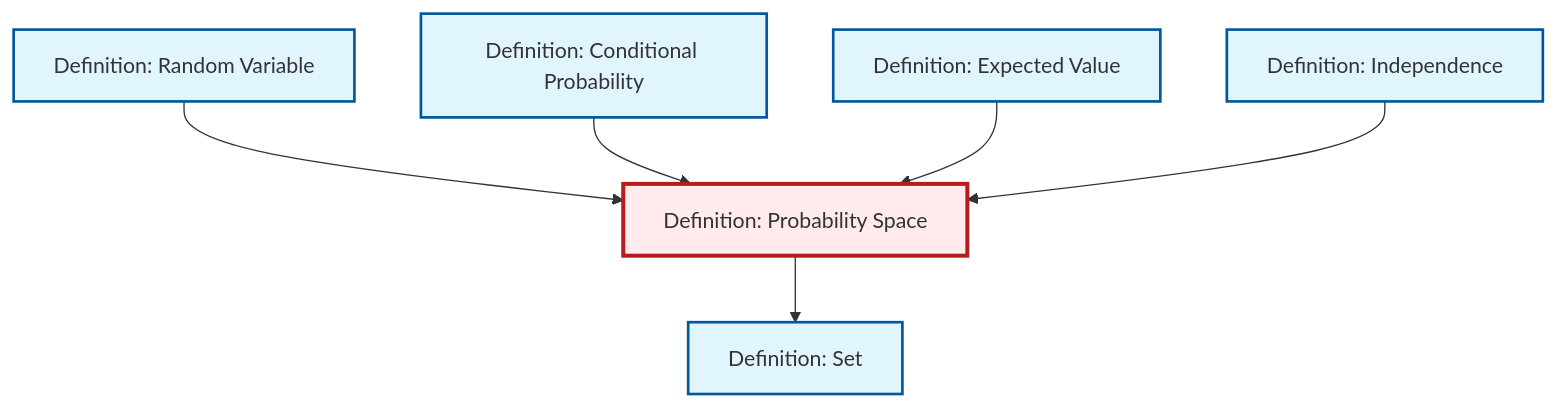
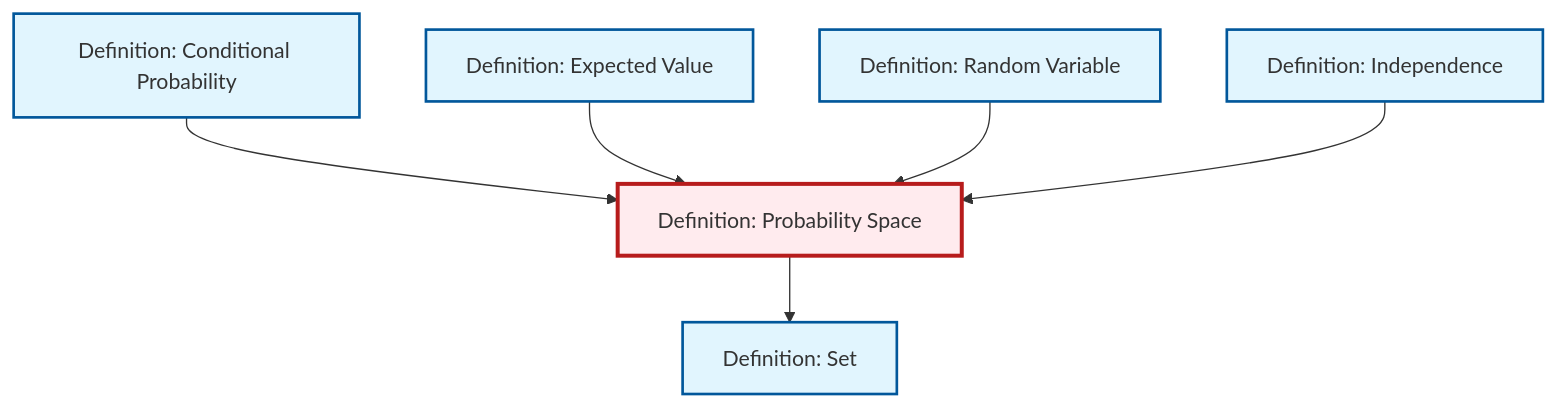
The diagram in content/ja/probability-statistics/def-probability-space.qmd (RK0429/ModernMath), drawn with Mermaid before and after one commit. The commit also changed other lines of this file and 619 other files, not shown here.

````diff
--- a/content/ja/probability-statistics/def-probability-space.qmd
+++ b/content/ja/probability-statistics/def-probability-space.qmd
@@ -47,26 +47,26 @@
 ```{mermaid}
 %%| fig-cap: "Local dependency graph"
 graph TD
     classDef definition fill:#e1f5fe,stroke:#01579b,stroke-width:2px
     classDef theorem fill:#f3e5f5,stroke:#4a148c,stroke-width:2px
     classDef axiom fill:#fff3e0,stroke:#e65100,stroke-width:2px
     classDef example fill:#e8f5e9,stroke:#1b5e20,stroke-width:2px
     classDef current fill:#ffebee,stroke:#b71c1c,stroke-width:3px
+    def-set["Definition: Set"]:::definition
+    def-expectation["Definition: Expected Value"]:::definition
     def-probability-space["Definition: Probability Space"]:::definition
-    def-expectation["Definition: Expected Value"]:::definition
-    def-conditional-probability["Definition: Conditional Probability"]:::definition
-    def-set["Definition: Set"]:::definition
     def-random-variable["Definition: Random Variable"]:::definition
     def-independence["Definition: Independence"]:::definition
-    def-random-variable --> def-probability-space
+    def-conditional-probability["Definition: Conditional Probability"]:::definition
     def-conditional-probability --> def-probability-space
     def-probability-space --> def-set
     def-expectation --> def-probability-space
+    def-random-variable --> def-probability-space
     def-independence --> def-probability-space
     class def-probability-space current
+    click def-set "def-set.html" "Definition: Setへ"
     click def-expectation "def-expectation.html" "Definition: Expected Valueへ"
-    click def-conditional-probability "def-conditional-probability.html" "Definition: Conditional Probabilityへ"
-    click def-set "def-set.html" "Definition: Setへ"
     click def-random-variable "def-random-variable.html" "Definition: Random Variableへ"
     click def-independence "def-independence.html" "Definition: Independenceへ"
+    click def-conditional-probability "def-conditional-probability.html" "Definition: Conditional Probabilityへ"
 ```
````
